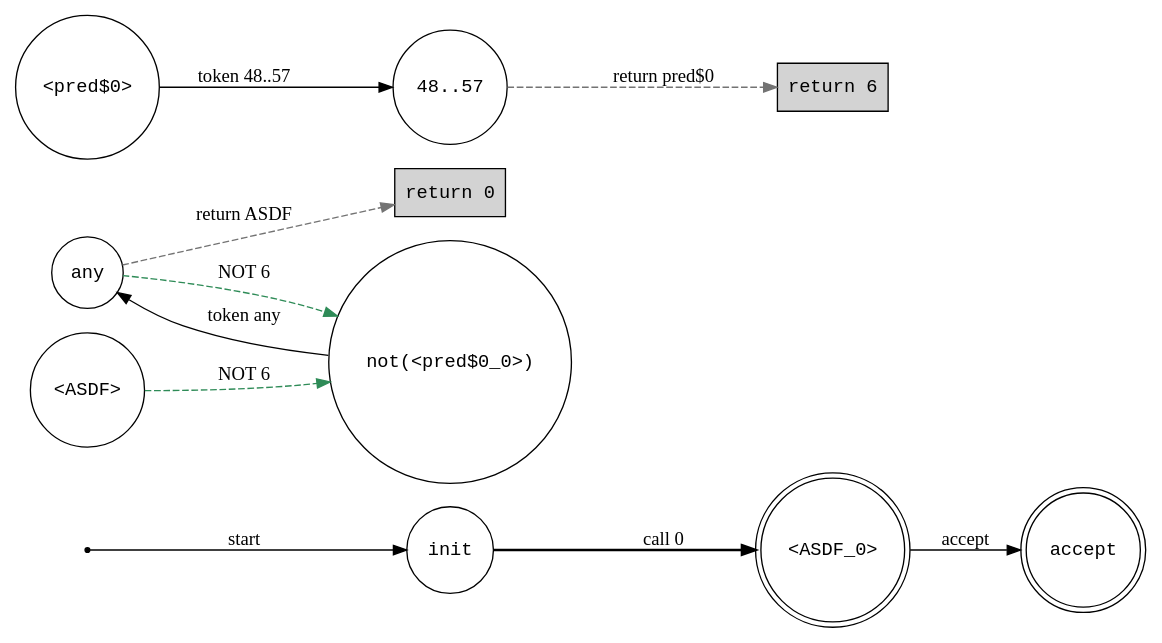
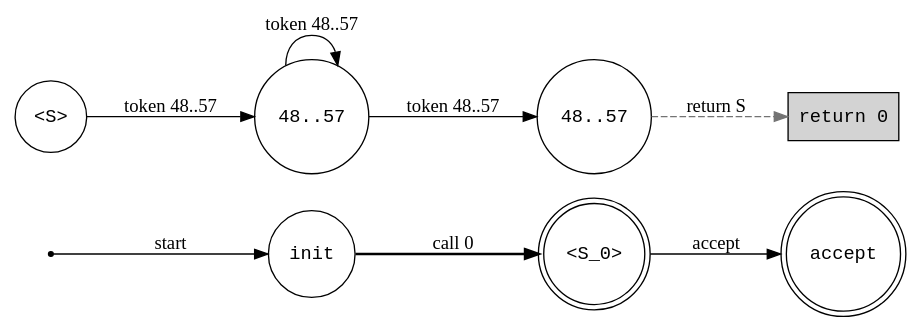
Before and after one commit to water-mizuu/glush_dart: the diagram in state-machine.dot, drawn with Graphviz. The commit also changed 12 other files, not shown here.

```diff
--- a/state-machine.dot
+++ b/state-machine.dot
@@ -1,24 +1,19 @@
 digraph StateMachine {
   rankdir=LR;
   node [fontname="Courier"];
   "__start__" [shape=point, label=""];
   "__accept__" [shape=doublecircle, label="accept"];
   "__return_0__" [shape=box, label="return 0", style=filled, fillcolor=lightgray];
-  "__return_6__" [shape=box, label="return 6", style=filled, fillcolor=lightgray];
   "S0" [shape=circle, label="init"];
-  "S1" [shape=doublecircle, label="<ASDF_0>"];
-  "S2" [shape=circle, label="<ASDF>"];
-  "S3" [shape=circle, label="not(<pred$0_0>)"];
-  "S4" [shape=circle, label="any"];
-  "S5" [shape=circle, label="<pred$0>"];
-  "S6" [shape=circle, label="48..57"];
+  "S1" [shape=doublecircle, label="<S_0>"];
+  "S2" [shape=circle, label="<S>"];
+  "S3" [shape=circle, label="48..57"];
+  "S4" [shape=circle, label="48..57"];
   "__start__" -> "S0" [label="start"];
   "S0" -> "S1" [label="call 0", style=bold];
   "S1" -> "__accept__" [label="accept"];
-  "S2" -> "S3" [label="NOT 6", style=dashed, color=seagreen4];
-  "S3" -> "S4" [label="token any"];
-  "S4" -> "S3" [label="NOT 6", style=dashed, color=seagreen4];
-  "S4" -> "__return_0__" [label="return ASDF", style=dashed, color=gray45];
-  "S5" -> "S6" [label="token 48..57"];
-  "S6" -> "__return_6__" [label="return pred$0", style=dashed, color=gray45];
+  "S2" -> "S3" [label="token 48..57"];
+  "S3" -> "S3" [label="token 48..57"];
+  "S3" -> "S4" [label="token 48..57"];
+  "S4" -> "__return_0__" [label="return S", style=dashed, color=gray45];
 }
```
